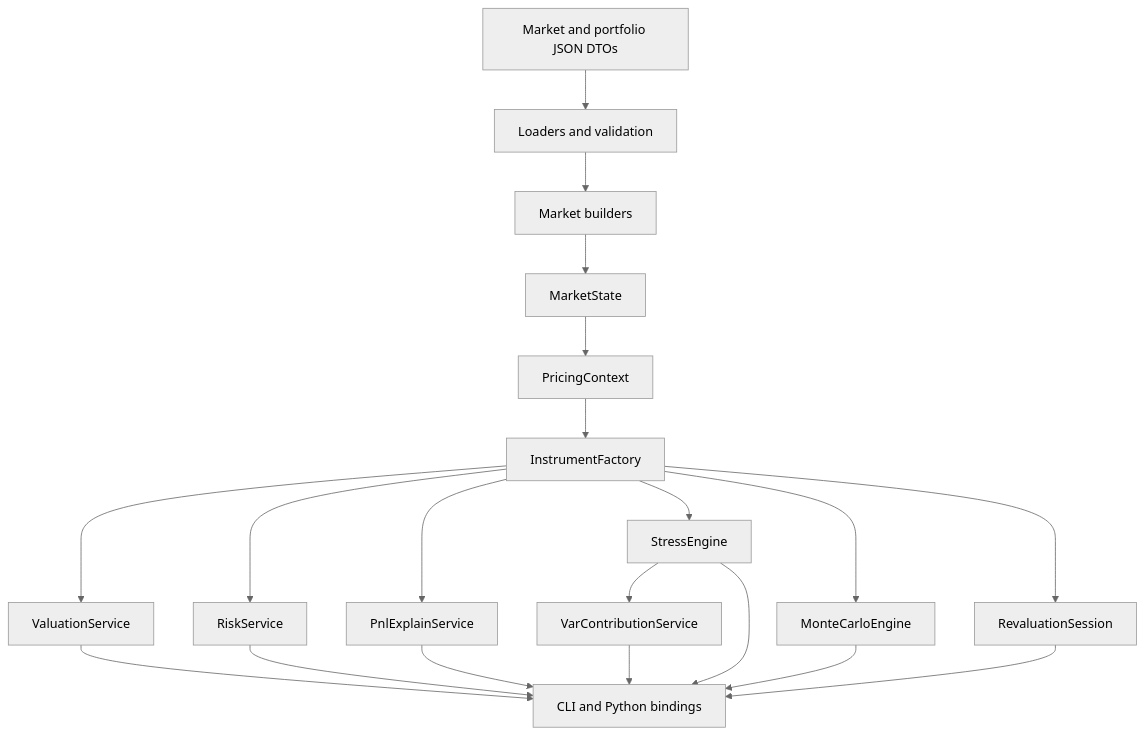
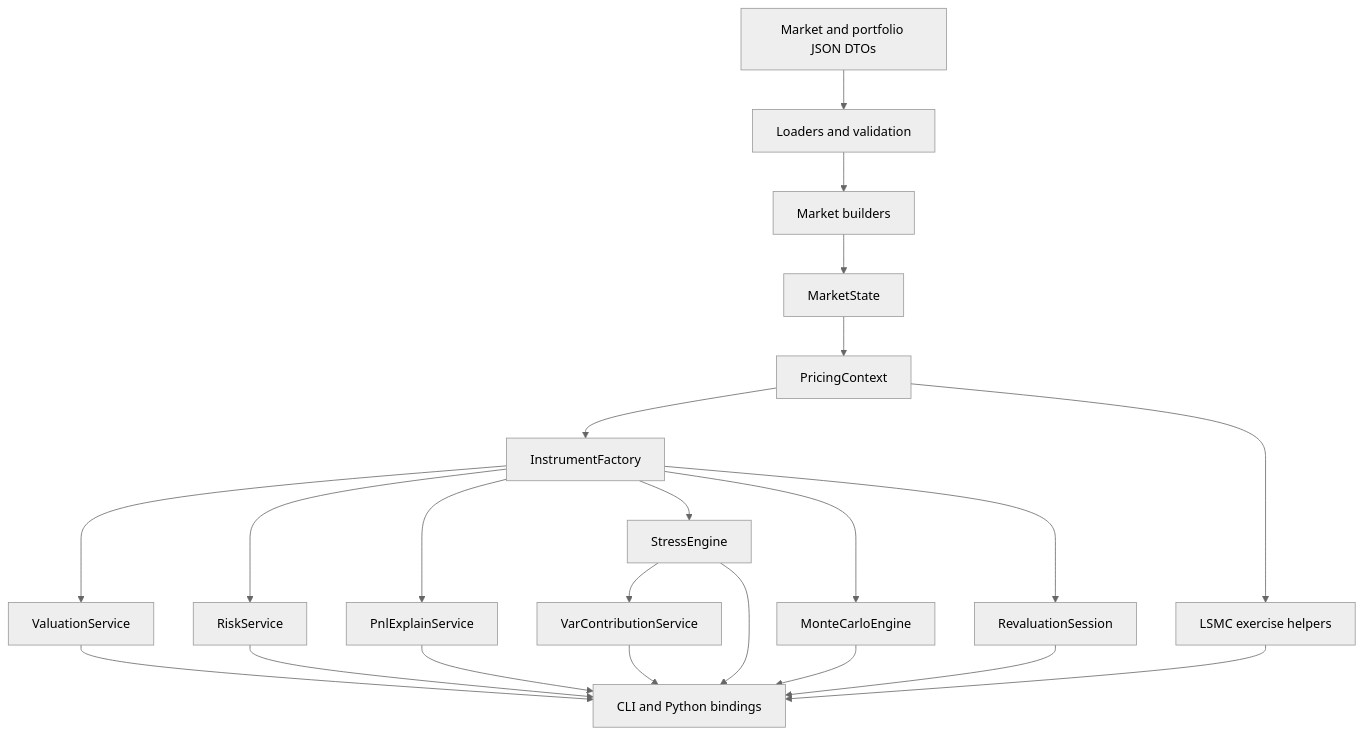
One commit to b-io/quant-risk-platform changed the first of 3 diagrams in docs/architecture/ARCHITECTURE.md. Above: the diagram before and after it, drawn with Mermaid (neutral theme). The commit also changed other lines of this file and 26 other files, not shown here.

First line of the commit message:
feat(analytics): add lsmc exercise-policy foundation

````diff
--- a/docs/architecture/ARCHITECTURE.md
+++ b/docs/architecture/ARCHITECTURE.md
@@ -20,22 +20,24 @@
 ```mermaid
 flowchart TD
     A[Market and portfolio JSON DTOs] --> B[Loaders and validation]
     B --> C[Market builders]
     C --> D[MarketState]
     D --> E[PricingContext]
     E --> F[InstrumentFactory]
     F --> G[ValuationService]
     F --> H[RiskService]
     F --> I[PnlExplainService]
     F --> J[StressEngine]
     F --> K[MonteCarloEngine]
     F --> R[RevaluationSession]
     J --> V[VarContributionService]
     G --> L[CLI and Python bindings]
     H --> L
     I --> L
     J --> L
     K --> L
     R --> L
     V --> L
+    E --> X[LSMC exercise helpers]
+    X --> L
 ```
````
